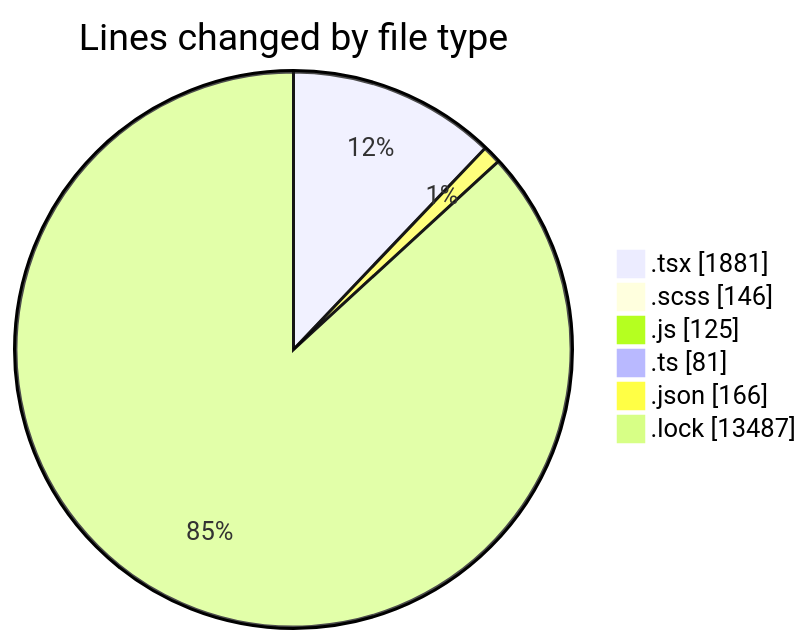
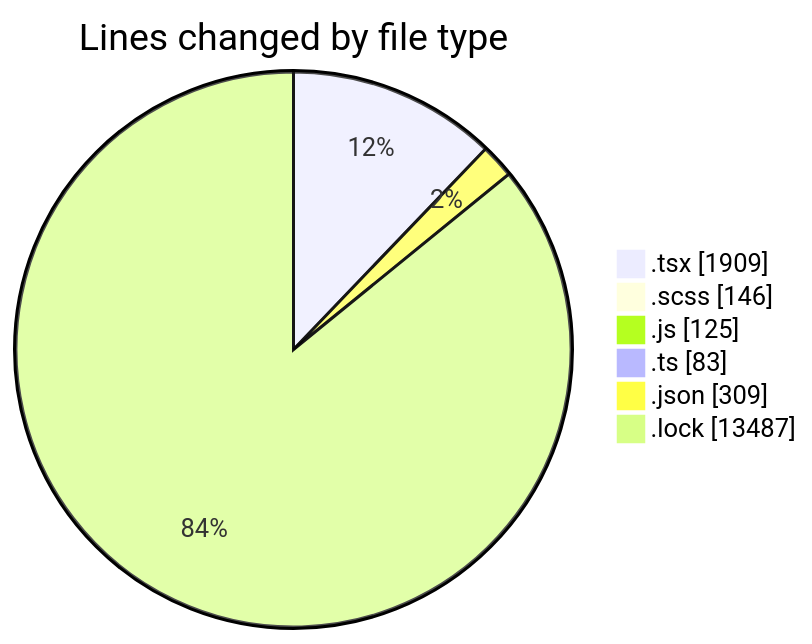
The first of 2 diagrams in 2026-04-24/cda/README.md (momahboobian/code-tracking), drawn with Mermaid before and after one commit. The commit also changed other lines of this file and 1 other file, not shown here.

````diff
--- a/2026-04-24/cda/README.md
+++ b/2026-04-24/cda/README.md
@@ -34,10 +35,10 @@
 ```mermaid
 pie showData
 title Lines changed by file type
-".tsx" : 1881
+".tsx" : 1909
 ".scss" : 146
 ".js" : 125
-".ts" : 81
-".json" : 166
+".ts" : 83
+".json" : 309
 ".lock" : 13487
 ```
````
